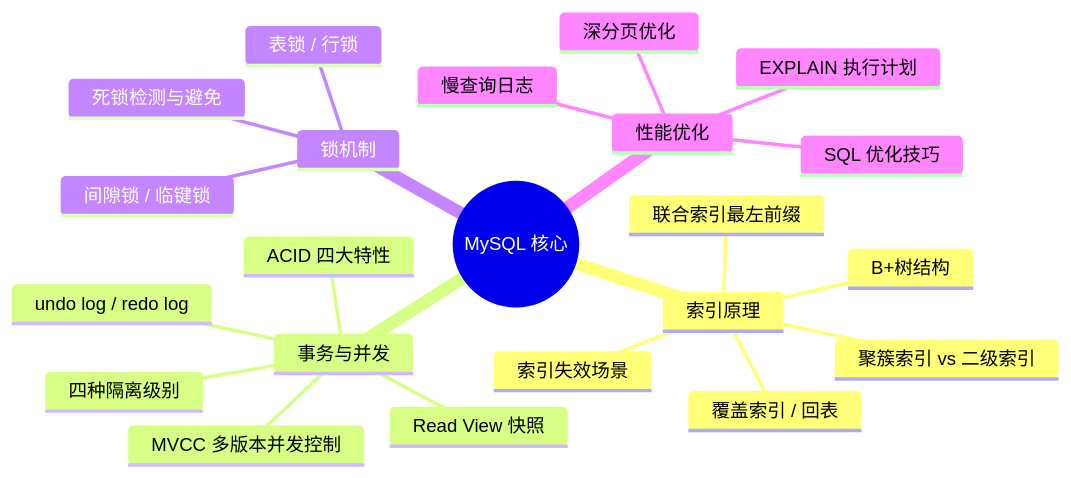
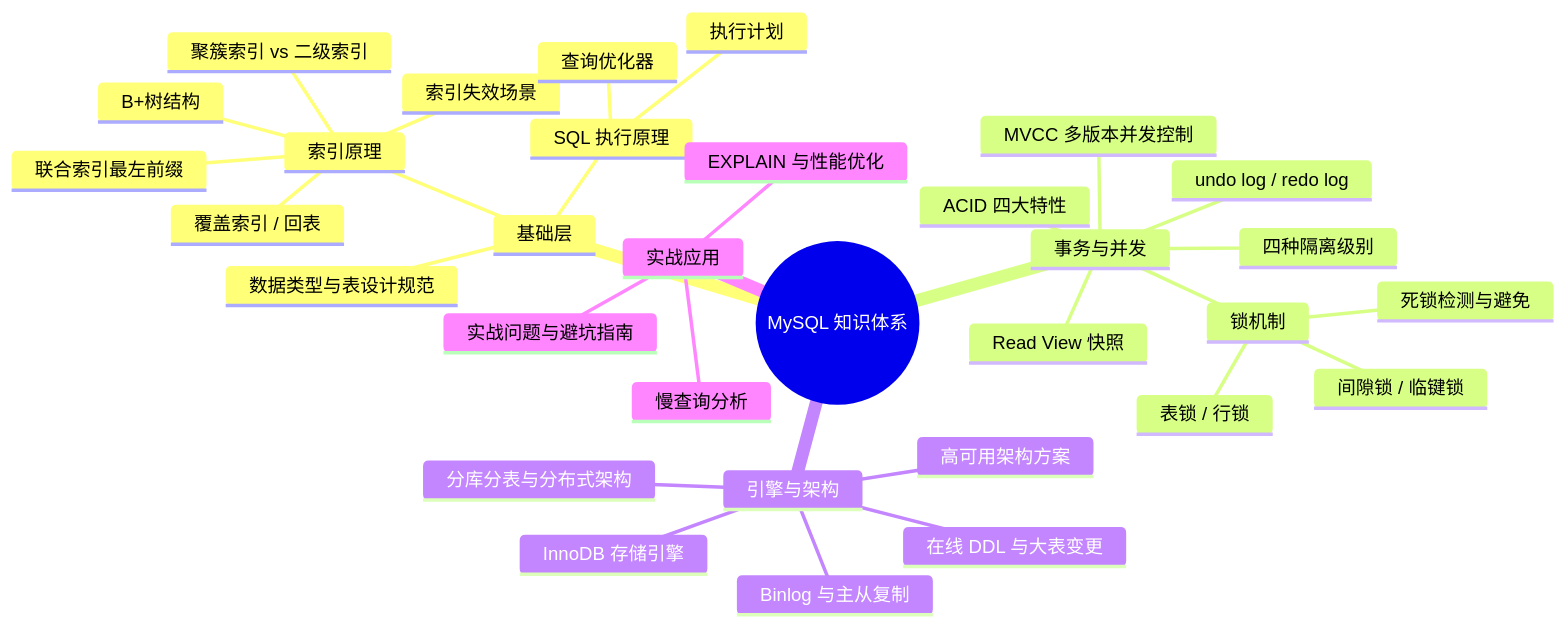
Before and after one commit to b1tzer/b1tzer.github.io: the first of 3 diagrams in docs/03-mysql/00-mysql-overview.md, drawn with Mermaid. The commit also changed other lines of this file, not shown here.

````diff
--- a/docs/03-mysql/00-mysql-overview.md
+++ b/docs/03-mysql/00-mysql-overview.md
@@ -15,25 +15,35 @@
 ```mermaid
 mindmap
-    root((MySQL 核心))
-        索引原理
-            B+树结构
-            聚簇索引 vs 二级索引
-            覆盖索引 / 回表
-            联合索引最左前缀
-            索引失效场景
+    root((MySQL 知识体系))
+        基础层
+            数据类型与表设计规范
+            索引原理
+                B+树结构
+                聚簇索引 vs 二级索引
+                覆盖索引 / 回表
+                联合索引最左前缀
+                索引失效场景
+            SQL 执行原理
+                查询优化器
+                执行计划
         事务与并发
             ACID 四大特性
             undo log / redo log
             四种隔离级别
             MVCC 多版本并发控制
             Read View 快照
-        锁机制
-            表锁 / 行锁
-            间隙锁 / 临键锁
-            死锁检测与避免
-        性能优化
-            EXPLAIN 执行计划
-            慢查询日志
-            SQL 优化技巧
-            深分页优化
+            锁机制
+                表锁 / 行锁
+                间隙锁 / 临键锁
+                死锁检测与避免
+        引擎与架构
+            InnoDB 存储引擎
+            Binlog 与主从复制
+            在线 DDL 与大表变更
+            高可用架构方案
+            分库分表与分布式架构
+        实战应用
+            EXPLAIN 与性能优化
+            慢查询分析
+            实战问题与避坑指南
 ```
````
